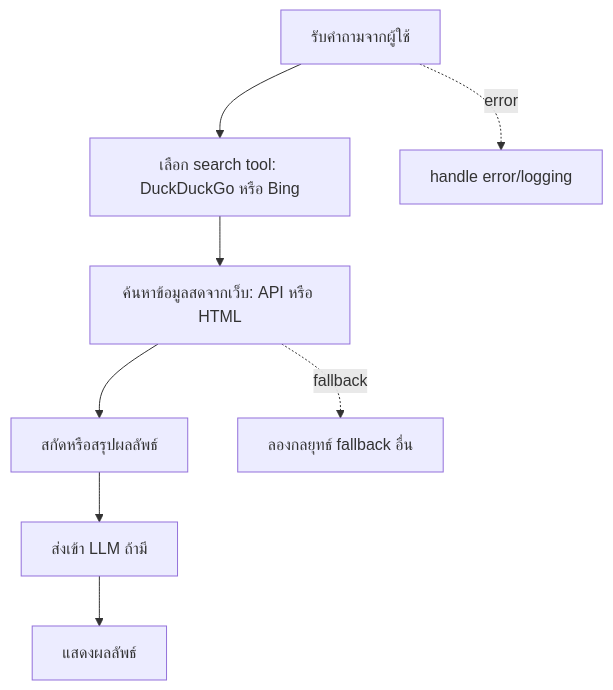
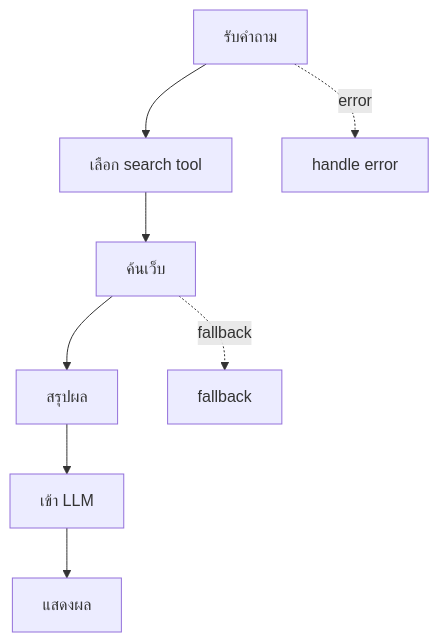
The fifth of 16 diagrams in README.md (JonusNattapong/LangChainOllama), drawn with Mermaid before and after one commit. The commit also changed other lines of this file, not shown here.

Commit message:
refactor: Simplify and clarify flow diagrams in README for better readability

````diff
--- a/README.md
+++ b/README.md
@@ -357,10 +357,10 @@
 ```mermaid
 graph TD
-    A[รับคำถามจากผู้ใช้] --> B[เลือก search tool: DuckDuckGo หรือ Bing]
-    B --> C[ค้นหาข้อมูลสดจากเว็บ: API หรือ HTML]
-    C --> D[สกัดหรือสรุปผลลัพธ์]
-    D --> E[ส่งเข้า LLM ถ้ามี]
-    E --> F[แสดงผลลัพธ์]
-    C -. fallback .-> G[ลองกลยุทธ์ fallback อื่น]
-    A -. error .-> H[handle error/logging]
+    A[รับคำถาม] --> B[เลือก search tool]
+    B --> C[ค้นเว็บ]
+    C --> D[สรุปผล]
+    D --> E[เข้า LLM]
+    E --> F[แสดงผล]
+    C -. fallback .-> G[fallback]
+    A -. error .-> H[handle error]
 ```
````
